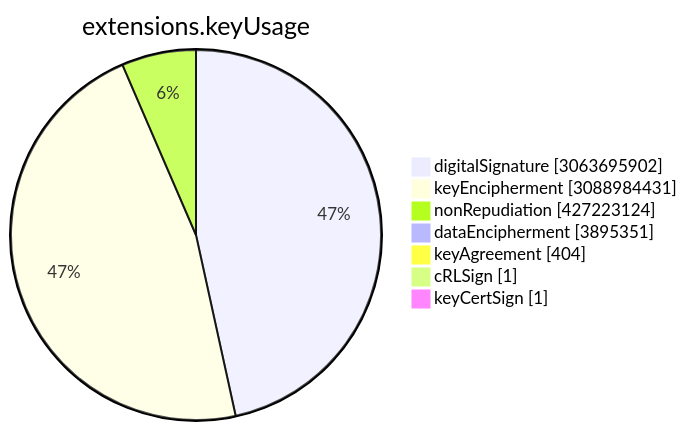
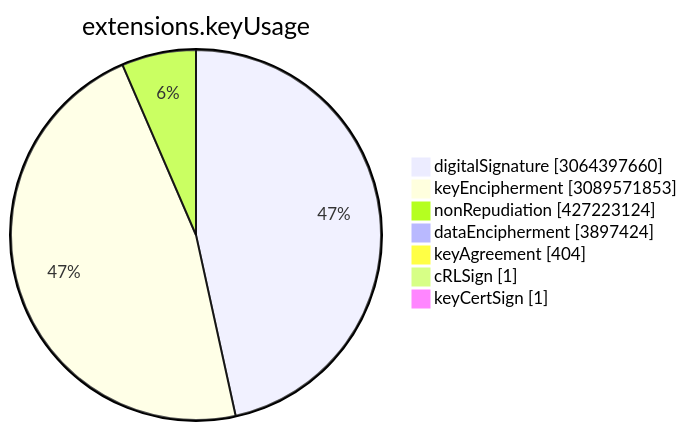
Before and after one commit to christiankrug/ctmonitor_visualization: the sixth of 15 diagrams in TOTAL/README.md, drawn with Mermaid. The commit also changed other lines of this file, not shown here.

````diff
--- a/TOTAL/README.md
+++ b/TOTAL/README.md
@@ -3077,11 +3077,11 @@
 ```mermaid
 pie showData
 title extensions.keyUsage
-"digitalSignature" :3063695902
-"keyEncipherment" :3088984431
+"digitalSignature" :3064397660
+"keyEncipherment" :3089571853
 "nonRepudiation" :427223124
-"dataEncipherment" :3895351
+"dataEncipherment" :3897424
 "keyAgreement" :404
 "cRLSign" :1
 "keyCertSign" :1
 ```
````
